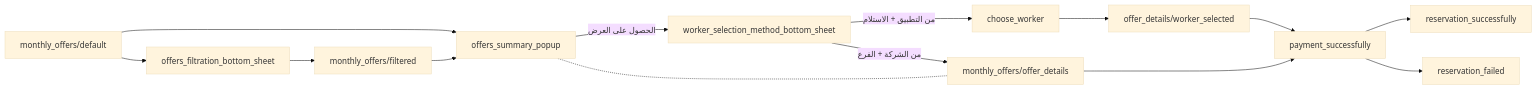
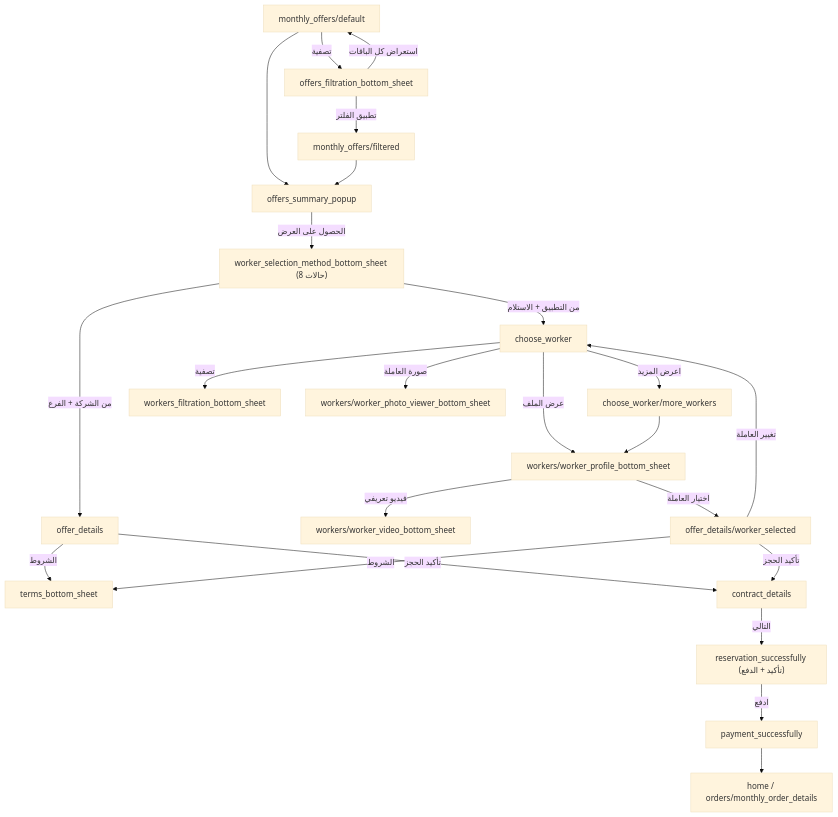
The diagram in project/product/features/monthly-and-medical.md (mmsanad7/belkhedma), drawn with Mermaid (base theme) before and after one commit. The commit also changed other lines of this file and 11 other files, not shown here.

Commit message:
Align monthly flow with excp reference: add missing pages, fix links, ready for handoff (decision 0015)

````diff
--- a/project/product/features/monthly-and-medical.md
+++ b/project/product/features/monthly-and-medical.md
@@ -7,15 +9,26 @@
 ```mermaid
-flowchart LR
-    A["monthly_offers/default"] --> F["offers_filtration_bottom_sheet"]
-    F --> A2["monthly_offers/filtered"]
+flowchart TD
+    A["monthly_offers/default"] -->|"تصفية"| F["offers_filtration_bottom_sheet"]
+    F -->|"تطبيق الفلتر"| A2["monthly_offers/filtered"]
+    F -->|"استعراض كل الباقات"| A
     A --> P["offers_summary_popup"]
     A2 --> P
-    P -->|"الحصول على العرض"| WM["worker_selection_method_bottom_sheet"]
-    WM -->|"من الشركة + الفرع"| D
-    WM -->|"من التطبيق + الاستلام"| CW["choose_worker"] --> D2["offer_details/worker_selected"]
-    D2 --> PS
-    P -.- D["monthly_offers/offer_details"]
-    D --> PS["payment_successfully"]
-    PS --> OK["reservation_successfully"]
-    PS --> FAIL["reservation_failed"]
+    P -->|"الحصول على العرض"| WM["worker_selection_method_bottom_sheet (8 حالات)"]
+    WM -->|"من الشركة + الفرع"| D["offer_details"]
+    WM -->|"من التطبيق + الاستلام"| CW["choose_worker"]
+    CW -->|"اعرض المزيد"| MW["choose_worker/more_workers"]
+    CW -->|"تصفية"| WF["workers_filtration_bottom_sheet"]
+    CW -->|"صورة العاملة"| PH["workers/worker_photo_viewer_bottom_sheet"]
+    CW -->|"عرض الملف"| PR["workers/worker_profile_bottom_sheet"]
+    MW --> PR
+    PR -->|"فيديو تعريفي"| VID["workers/worker_video_bottom_sheet"]
+    PR -->|"اختيار العاملة"| D2["offer_details/worker_selected"]
+    D2 -->|"تغيير العاملة"| CW
+    D -->|"الشروط"| T["terms_bottom_sheet"]
+    D2 -->|"الشروط"| T
+    D -->|"تأكيد الحجز"| CD["contract_details"]
+    D2 -->|"تأكيد الحجز"| CD
+    CD -->|"التالي"| RS["reservation_successfully (تأكيد + الدفع)"]
+    RS -->|"ادفع"| PS["payment_successfully"]
+    PS --> H["home / orders/monthly_order_details"]
 ```
````
